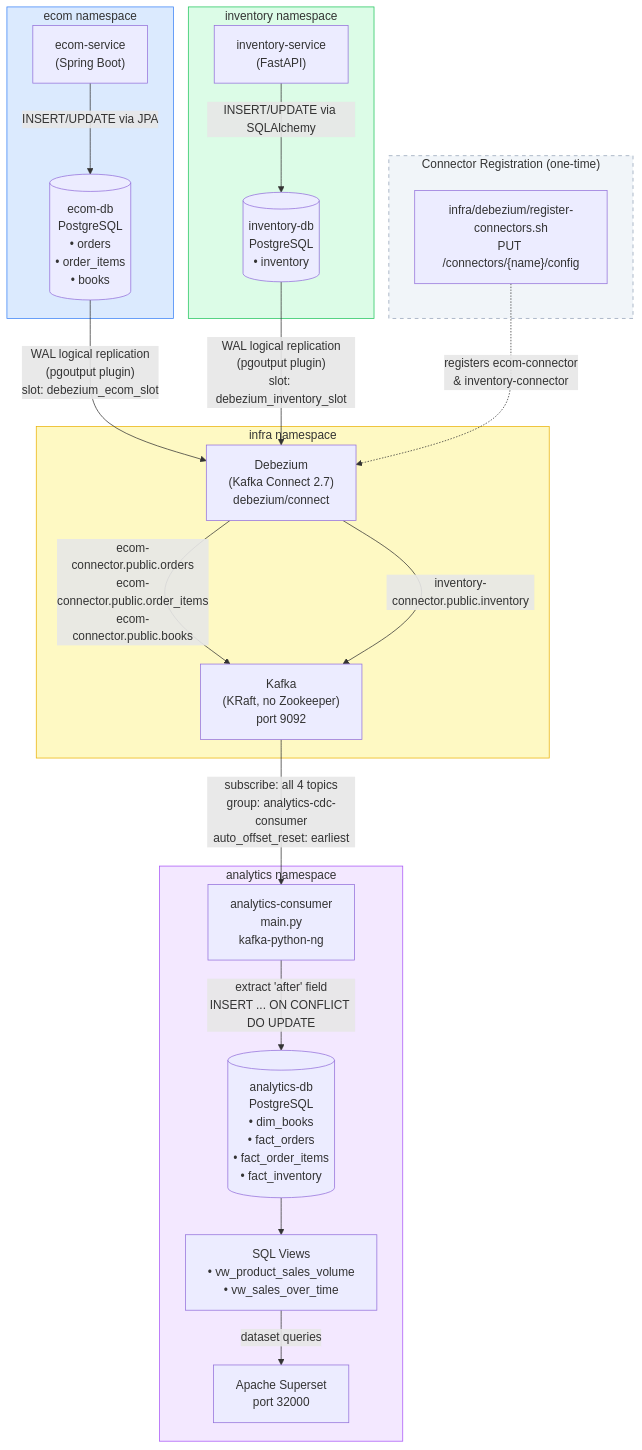
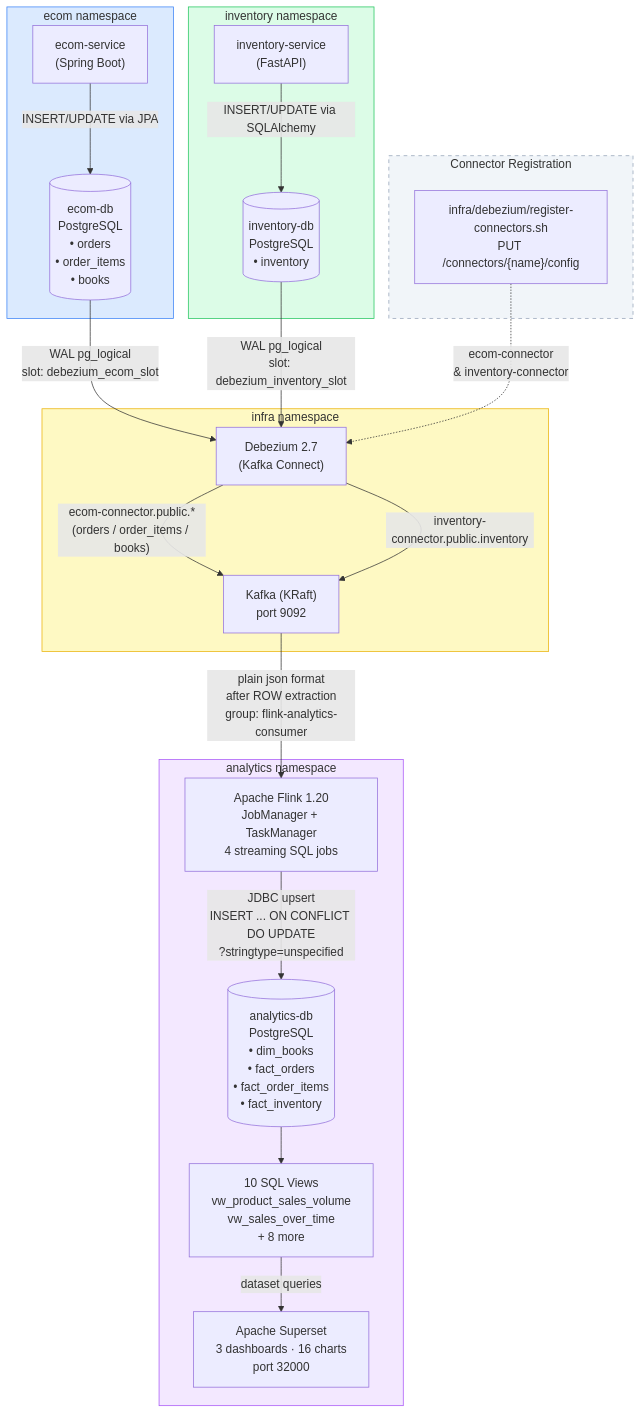
The diagram in docs/cdc-flow.md (a2z-ice/ecom-ms), drawn with Mermaid before and after one commit. The commit also changed other lines of this file and 5 other files, not shown here.

````diff
--- a/docs/cdc-flow.md
+++ b/docs/cdc-flow.md
@@ -285,48 +200,48 @@
 ```mermaid
 flowchart TD
     subgraph ecom_ns["ecom namespace"]
         ES["ecom-service\n(Spring Boot)"]
         ECOMDB[("ecom-db\nPostgreSQL\n• orders\n• order_items\n• books")]
         ES -- "INSERT/UPDATE via JPA" --> ECOMDB
     end
 
     subgraph inventory_ns["inventory namespace"]
         IS["inventory-service\n(FastAPI)"]
         INVDB[("inventory-db\nPostgreSQL\n• inventory")]
         IS -- "INSERT/UPDATE via SQLAlchemy" --> INVDB
     end
 
     subgraph infra_ns["infra namespace"]
-        DEB["Debezium\n(Kafka Connect 2.7)\ndebezium/connect"]
-        KAFKA["Kafka\n(KRaft, no Zookeeper)\nport 9092"]
+        DEB["Debezium 2.7\n(Kafka Connect)"]
+        KAFKA["Kafka (KRaft)\nport 9092"]
 
-        ECOMDB -- "WAL logical replication\n(pgoutput plugin)\nslot: debezium_ecom_slot" --> DEB
-        INVDB  -- "WAL logical replication\n(pgoutput plugin)\nslot: debezium_inventory_slot" --> DEB
+        ECOMDB -- "WAL pg_logical\nslot: debezium_ecom_slot" --> DEB
+        INVDB  -- "WAL pg_logical\nslot: debezium_inventory_slot" --> DEB
 
-        DEB -- "ecom-connector.public.orders\necom-connector.public.order_items\necom-connector.public.books" --> KAFKA
+        DEB -- "ecom-connector.public.*\n(orders / order_items / books)" --> KAFKA
         DEB -- "inventory-connector.public.inventory" --> KAFKA
     end
 
     subgraph analytics_ns["analytics namespace"]
-        AC["analytics-consumer\nmain.py\nkafka-python-ng"]
+        FM["Apache Flink 1.20\nJobManager + TaskManager\n4 streaming SQL jobs"]
         ANALYTICSDB[("analytics-db\nPostgreSQL\n• dim_books\n• fact_orders\n• fact_order_items\n• fact_inventory")]
-        VIEWS["SQL Views\n• vw_product_sales_volume\n• vw_sales_over_time"]
-        SUP["Apache Superset\nport 32000"]
+        VIEWS["10 SQL Views\nvw_product_sales_volume\nvw_sales_over_time\n+ 8 more"]
+        SUP["Apache Superset\n3 dashboards · 16 charts\nport 32000"]
 
-        KAFKA -- "subscribe: all 4 topics\ngroup: analytics-cdc-consumer\nauto_offset_reset: earliest" --> AC
-        AC -- "extract 'after' field\nINSERT ... ON CONFLICT DO UPDATE" --> ANALYTICSDB
+        KAFKA -- "plain json format\nafter ROW extraction\ngroup: flink-analytics-consumer" --> FM
+        FM -- "JDBC upsert\nINSERT ... ON CONFLICT DO UPDATE\n?stringtype=unspecified" --> ANALYTICSDB
         ANALYTICSDB --> VIEWS
         VIEWS -- "dataset queries" --> SUP
     end
 
-    subgraph reg["Connector Registration (one-time)"]
+    subgraph reg["Connector Registration"]
         SCRIPT["infra/debezium/register-connectors.sh\nPUT /connectors/{name}/config"]
-        SCRIPT -. "registers ecom-connector\n& inventory-connector" .-> DEB
+        SCRIPT -. "ecom-connector\n& inventory-connector" .-> DEB
     end
 
     style ecom_ns fill:#dbeafe,stroke:#3b82f6
     style inventory_ns fill:#dcfce7,stroke:#22c55e
     style infra_ns fill:#fef9c3,stroke:#eab308
     style analytics_ns fill:#f3e8ff,stroke:#a855f7
     style reg fill:#f1f5f9,stroke:#94a3b8,stroke-dasharray:5
 ```
````
